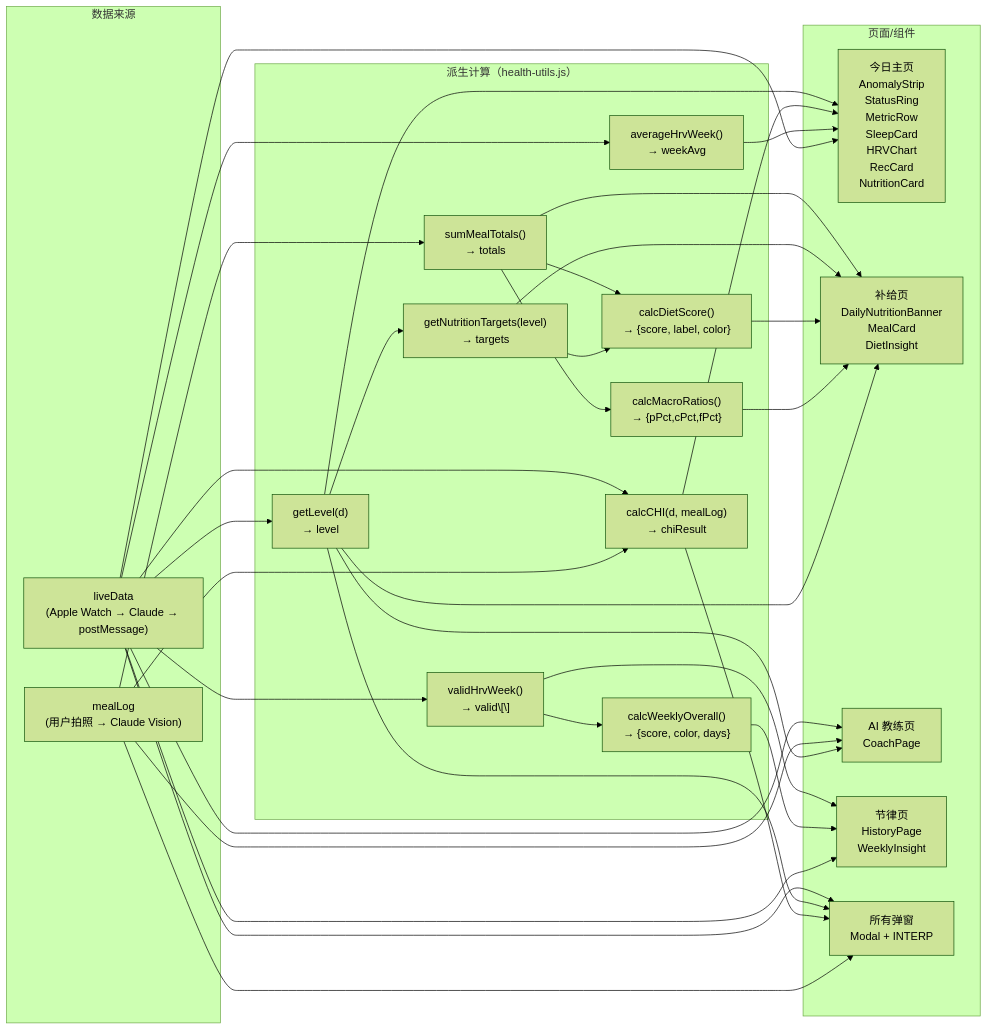
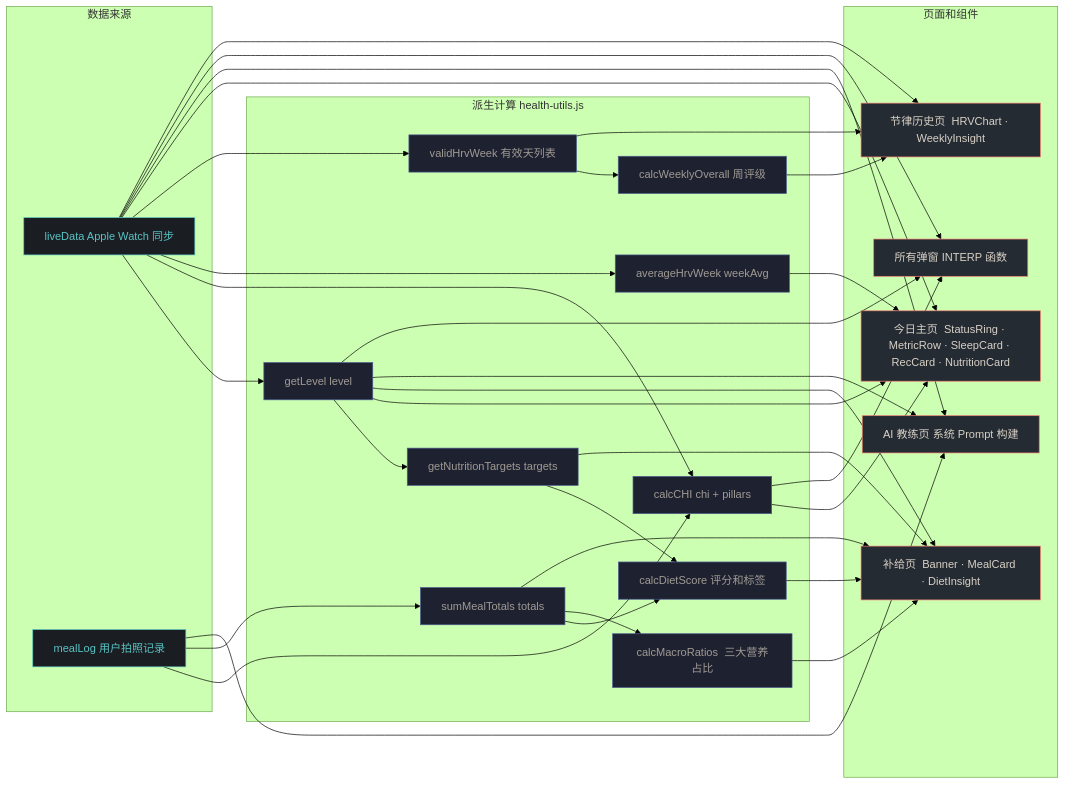
Diagram 13 of 13 in design/product-spec-v1.0.md (hengxinliang-design/coachAI), drawn with Mermaid (forest theme) before and after one commit. The commit also changed other lines of this file, not shown here.

First line of the commit message:
fix: rewrite Appendix A Mermaid diagrams — fix parse errors & visual consistency

````diff
--- a/design/product-spec-v1.0.md
+++ b/design/product-spec-v1.0.md
@@ -1143,63 +1234,55 @@
 ```mermaid
 flowchart LR
-    subgraph SOURCES ["数据来源"]
-        LD3["liveData\n(Apple Watch → Claude → postMessage)"]
-        ML4["mealLog\n(用户拍照 → Claude Vision)"]
+    classDef SRC fill:#1A1E23,stroke:#59C3C3,color:#59C3C3
+    classDef CALC fill:#1E2230,stroke:#4E5D94,color:#A09A94
+    classDef PAGE fill:#252B32,stroke:#F27D72,color:#D8D1C7
+
+    subgraph SRC_G ["数据来源"]
+        LD3["liveData  Apple Watch 同步"]
+        ML4["mealLog  用户拍照记录"]
     end
 
-    subgraph DERIVED ["派生计算（health-utils.js）"]
-        LEVEL["getLevel(d)\n→ level"]
-        CHI2["calcCHI(d, mealLog)\n→ chiResult"]
-        WEEK_AVG["averageHrvWeek()\n→ weekAvg"]
-        WEEK_VALID["validHrvWeek()\n→ valid\[\]"]
-        WEEK_OVERALL["calcWeeklyOverall()\n→ {score, color, days}"]
-        SUM["sumMealTotals()\n→ totals"]
-        TARGETS2["getNutritionTargets(level)\n→ targets"]
-        DIET_SCORE["calcDietScore()\n→ {score, label, color}"]
-        MACRO_R["calcMacroRatios()\n→ {pPct,cPct,fPct}"]
+    subgraph CALC_G ["派生计算  health-utils.js"]
+        LV["getLevel  level"]
+        CI["calcCHI  chi + pillars"]
+        WA["averageHrvWeek  weekAvg"]
+        WV["validHrvWeek  有效天列表"]
+        WO["calcWeeklyOverall  周评级"]
+        SM["sumMealTotals  totals"]
+        NT["getNutritionTargets  targets"]
+        DS["calcDietScore  评分和标签"]
+        MR2["calcMacroRatios  三大营养占比"]
     end
 
-    subgraph PAGES ["页面/组件"]
-        DASH["今日主页\nAnomalyStrip\nStatusRing\nMetricRow\nSleepCard\nHRVChart\nRecCard\nNutritionCard"]
-        CHECKIN["补给页\nDailyNutritionBanner\nMealCard\nDietInsight"]
-        COACH["AI 教练页\nCoachPage"]
-        HISTORY["节律页\nHistoryPage\nWeeklyInsight"]
-        MODALS["所有弹窗\nModal + INTERP"]
+    subgraph PAGES_G ["页面和组件"]
+        PD["今日主页  StatusRing · MetricRow · SleepCard · RecCard · NutritionCard"]
+        PC["补给页  Banner · MealCard · DietInsight"]
+        PA["AI 教练页  系统 Prompt 构建"]
+        PH["节律历史页  HRVChart · WeeklyInsight"]
+        PM["所有弹窗  INTERP 函数"]
     end
 
-    LD3 --> LEVEL
-    LD3 --> CHI2
-    ML4 --> CHI2
-    LD3 --> WEEK_AVG
-    LD3 --> WEEK_VALID
-    WEEK_VALID --> WEEK_OVERALL
-    ML4 --> SUM
-    LEVEL --> TARGETS2
-    SUM --> DIET_SCORE
-    TARGETS2 --> DIET_SCORE
-    SUM --> MACRO_R
+    LD3 --> LV & CI & WA & WV
+    ML4 --> CI & SM
+    WV --> WO
+    LV --> NT
+    SM --> DS & MR2
+    NT --> DS
 
-    LEVEL --> DASH
-    CHI2 --> DASH
-    WEEK_AVG --> DASH
-    LD3 --> DASH
+    LV --> PD & PC & PA & PM
+    CI --> PD & PM
+    WA --> PD
+    LD3 --> PD & PA & PM
+    SM --> PC
+    NT --> PC
+    DS --> PC
+    MR2 --> PC
+    ML4 --> PA
+    WV --> PH
+    WO --> PH
+    LD3 --> PH
 
-    SUM --> CHECKIN
-    TARGETS2 --> CHECKIN
-    DIET_SCORE --> CHECKIN
-    MACRO_R --> CHECKIN
-    LEVEL --> CHECKIN
-
-    LD3 --> COACH
-    ML4 --> COACH
-    LEVEL --> COACH
-
-    WEEK_VALID --> HISTORY
-    WEEK_OVERALL --> HISTORY
-    LD3 --> HISTORY
-
-    LD3 --> MODALS
-    LEVEL --> MODALS
-    CHI2 --> MODALS
-    ML4 --> MODALS
+    class LD3,ML4 SRC
+    class LV,CI,WA,WV,WO,SM,NT,DS,MR2 CALC
+    class PD,PC,PA,PH,PM PAGE
 ```
````
